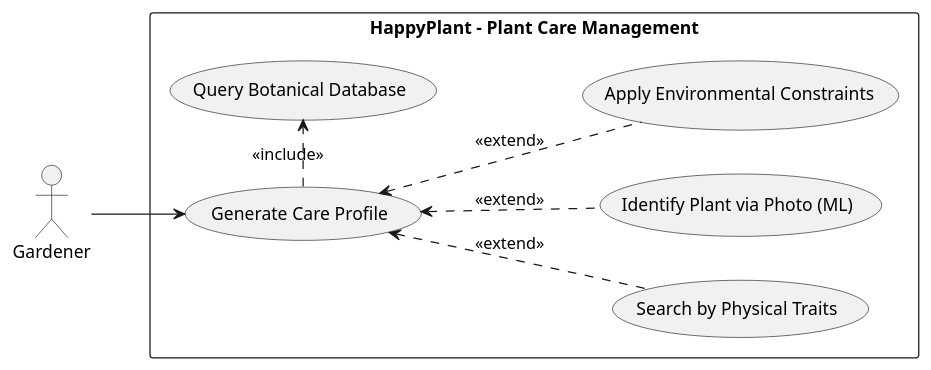
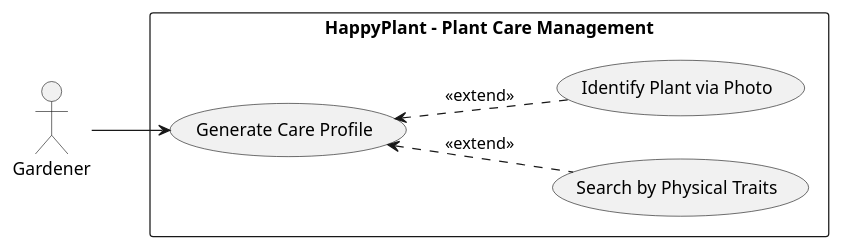
The diagram in docs/uml/use-case-002-uml.plantuml (jakub-mata/uvod-do-soft-eng), drawn with PlantUML before and after one commit. The commit also changed 7 other files, not shown here.

Commit message:
Simplify use case diagrams

```diff
--- a/docs/uml/use-case-002-uml.plantuml
+++ b/docs/uml/use-case-002-uml.plantuml
@@ -1,24 +1,18 @@
 @startuml
 left to right direction
 actor "Gardener" as AC_G
 
 rectangle "HappyPlant - Plant Care Management" {
     usecase "Generate Care Profile" as UC_GCP
-    usecase "Query Botanical Database" as UC_QBD
     usecase "Search by Physical Traits" as UC_SPT
-    usecase "Identify Plant via Photo (ML)" as UC_IPP
-    usecase "Apply Environmental Constraints" as UC_AEC
+    usecase "Identify Plant via Photo" as UC_IPP
 }
-
-' Querying the database remains the core inclusion for generating a profile
-UC_GCP .r.> UC_QBD : <<include>>
 
 ' Alternative flows for finding the plant or adjusting the profile
 UC_SPT .u.> UC_GCP : <<extend>>
 UC_IPP .u.> UC_GCP : <<extend>>
-UC_AEC .u.> UC_GCP : <<extend>>
 
 ' The actor initiates the primary profile generation process
 AC_G --> UC_GCP
 
 @enduml
```
